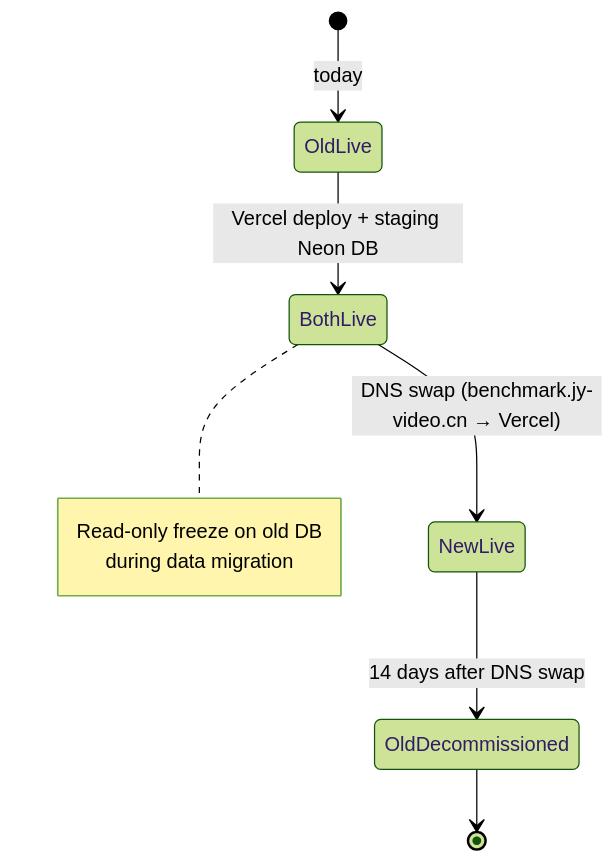
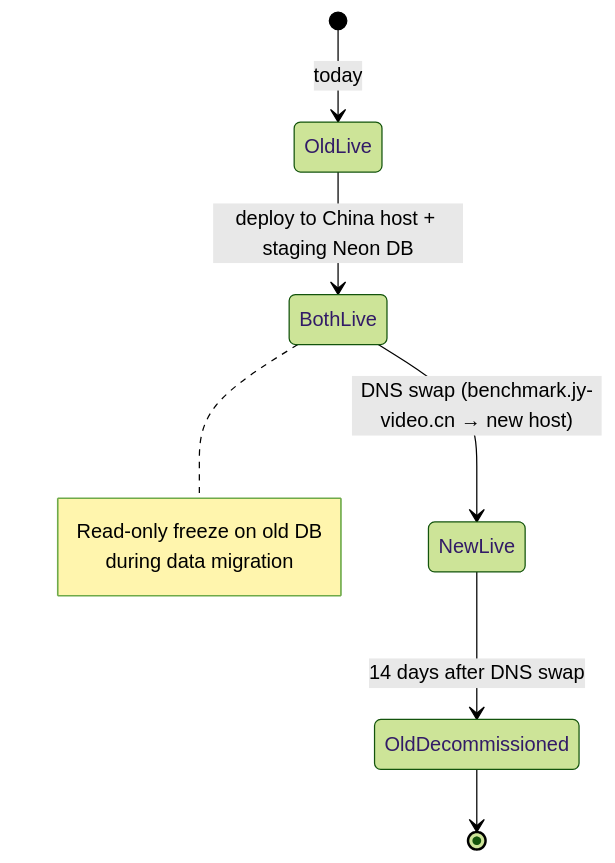
One commit to smilexuhc/benchmark-repo changed the fourth of 4 diagrams in docs/plans/2026-05-30-001-refactor-asset-library-stack-rebuild-plan.md. Above: the diagram before and after it, drawn with Mermaid (forest theme). The commit also changed other lines of this file, not shown here.

First line of the commit message:
docs: finalize Milestone 1 architecture for asset library rebuild

````diff
--- a/docs/plans/2026-05-30-001-refactor-asset-library-stack-rebuild-plan.md
+++ b/docs/plans/2026-05-30-001-refactor-asset-library-stack-rebuild-plan.md
@@ -154,13 +180,13 @@
 ```mermaid
 stateDiagram-v2
   [*] --> OldLive: today
-  OldLive --> BothLive: Vercel deploy + staging Neon DB
-  BothLive --> NewLive: DNS swap (benchmark.jy-video.cn → Vercel)
+  OldLive --> BothLive: deploy to China host + staging Neon DB
+  BothLive --> NewLive: DNS swap (benchmark.jy-video.cn → new host)
   NewLive --> OldDecommissioned: 14 days after DNS swap
   OldDecommissioned --> [*]
 
   note right of BothLive
     Read-only freeze on old DB
     during data migration
   end note
 ```
````
